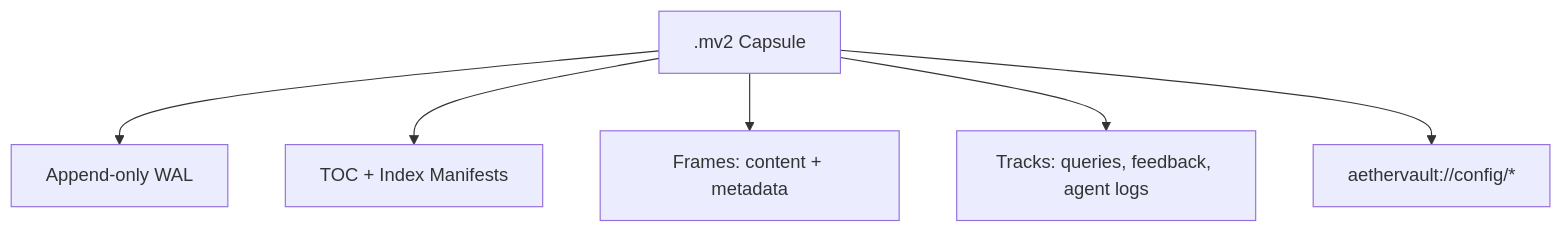
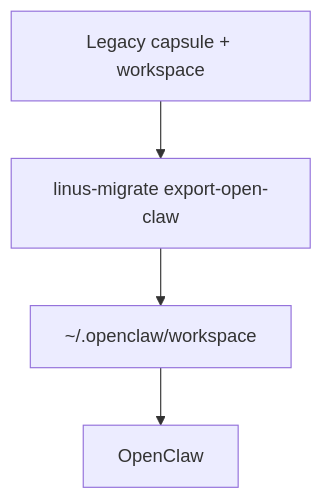
Before and after one commit to sunilkgrao/aethervault: the second of 2 diagrams in README.md, drawn with Mermaid. The commit also changed other lines of this file and 24 other files, not shown here.

Commit message:
Refine OpenClaw orchestration and relationship regression coverage

````diff
--- a/README.md
+++ b/README.md
@@ -30,9 +30,7 @@
 ```mermaid
 flowchart TB
-  CAP[.mv2 Capsule]
-  CAP --> WAL[Append-only WAL]
-  CAP --> TOC[TOC + Index Manifests]
-  CAP --> FR[Frames: content + metadata]
-  CAP --> TR[Tracks: queries, feedback, agent logs]
-  CAP --> CFG[aethervault://config/*]
+  CAP[Legacy capsule + workspace]
+  CAP --> EXP[linus-migrate export-open-claw]
+  EXP --> WS[~/.openclaw/workspace]
+  WS --> OC[OpenClaw]
 ```
````
